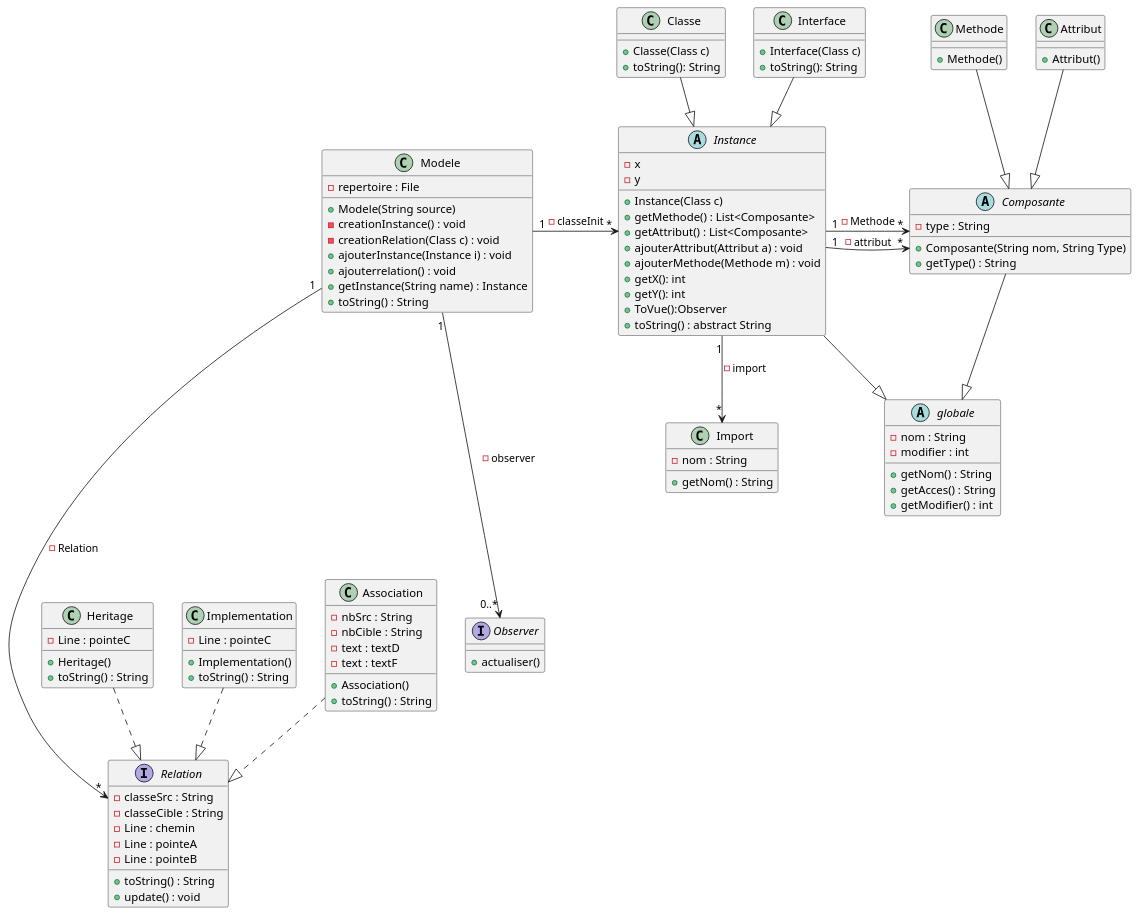
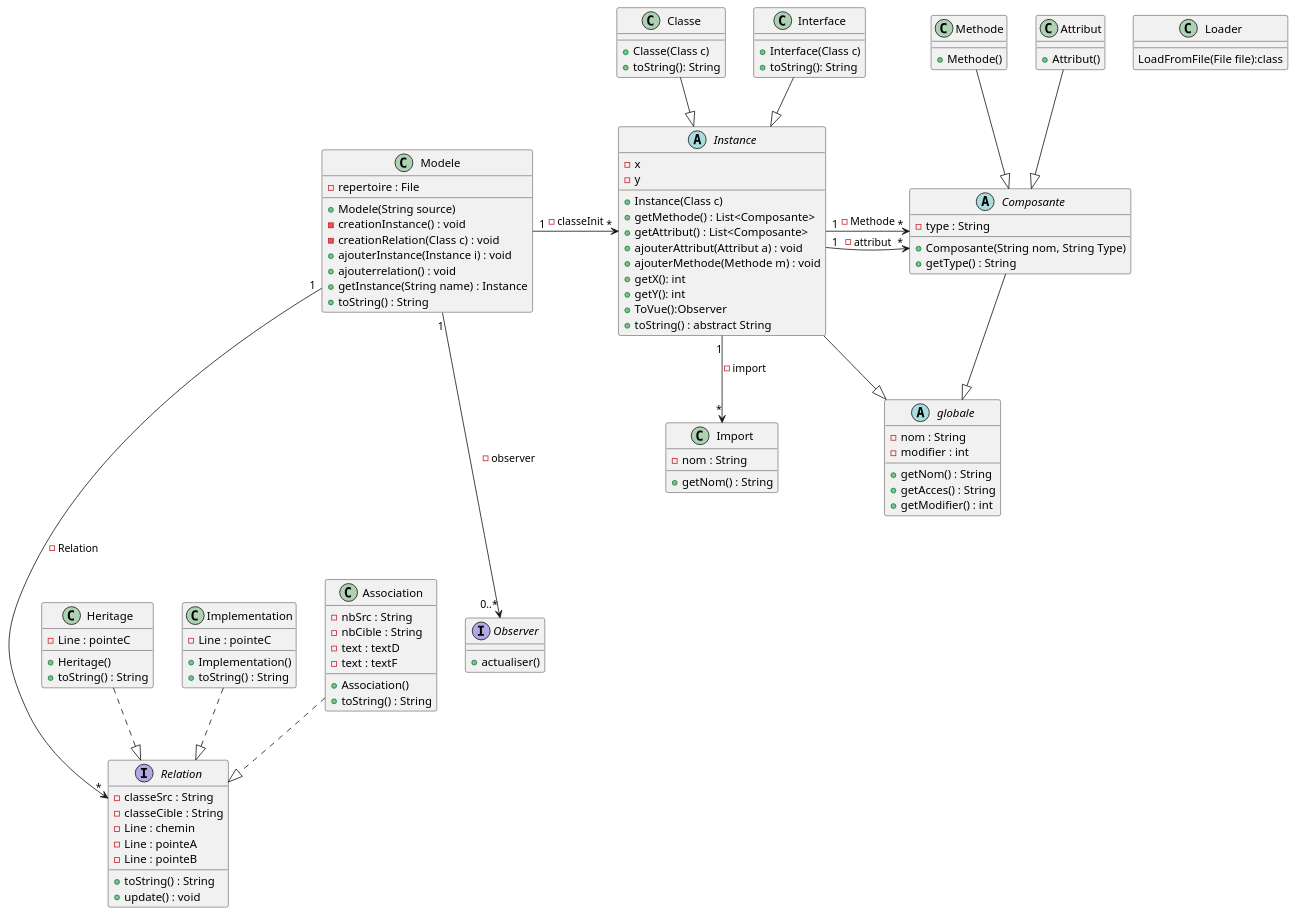
The diagram in demo/Conception/Sprint_2/Class_2.puml (Cedran-Bastien/GENERATION-AUTOMATIQUE-DE-DIAGRAMME-DE-CLASSES), drawn with PlantUML before and after one commit. The commit also changed 1 other file, not shown here.

```diff
--- a/demo/Conception/Sprint_2/Class_2.puml
+++ b/demo/Conception/Sprint_2/Class_2.puml
@@ -1,117 +1,119 @@
 @startuml
 'https://plantuml.com/sequence-diagram
 
 abstract Instance{
     - x
     - y
     +Instance(Class c)
     +getMethode() : List<Composante>
     +getAttribut() : List<Composante>
     +ajouterAttribut(Attribut a) : void
     +ajouterMethode(Methode m) : void
     +getX(): int
     +getY(): int
     +ToVue():Observer
     +toString() : abstract String
 }
-
+class Loader{
+LoadFromFile(File file):class
+}
 class Classe{
     +Classe(Class c)
     +toString(): String
 }
 
 class Interface{
     +Interface(Class c)
     +toString(): String
 }
 
 abstract Composante{
     -type : String
     +Composante(String nom, String Type)
     +getType() : String
 
 }
 
 class Methode{
     +Methode()
 }
 
 class Attribut{
     +Attribut()
 }
 
 class Import{
     -nom : String
     +getNom() : String
 }
 
 class Modele{
     -repertoire : File
     +Modele(String source)
     -creationInstance() : void
     -creationRelation(Class c) : void
     +ajouterInstance(Instance i) : void
     +ajouterrelation() : void
     +getInstance(String name) : Instance
     +toString() : String
 }
 
 interface Relation{
     -classeSrc : String
     -classeCible : String
     -Line : chemin
     -Line : pointeA
     -Line : pointeB
     +toString() : String
     +update() : void
 }
 
 class Heritage{
     -Line : pointeC
     +Heritage()
     +toString() : String
 }
 
 class Implementation{
     -Line : pointeC
     +Implementation()
     +toString() : String
 }
 
 class Association {
     -nbSrc : String
     -nbCible : String
     -text : textD
     -text : textF
     +Association()
     +toString() : String
 }
 
 abstract globale{
     -nom : String
     -modifier : int
     +getNom() : String
     +getAcces() : String
     +getModifier() : int
 }
 
 interface Observer{
     +actualiser()
 }
 
 Modele "1" ---> "0..*" Observer : -observer
 Instance--|>globale
 Composante--|>globale
 Modele "1" -> "*" Instance  : -classeInit
 Instance "1" -> "*" Composante : -attribut
 Instance "1" -> "*" Composante : -Methode
 Instance "1" --> "*" Import : -import
 Classe --|> Instance
 Interface --|> Instance
 Methode --|> Composante
 Attribut --|> Composante
 Modele "1" ----> "*"  Relation : -Relation
 Association ..|> Relation
 Heritage ..|> Relation
 Implementation ..|> Relation
 @enduml
```
